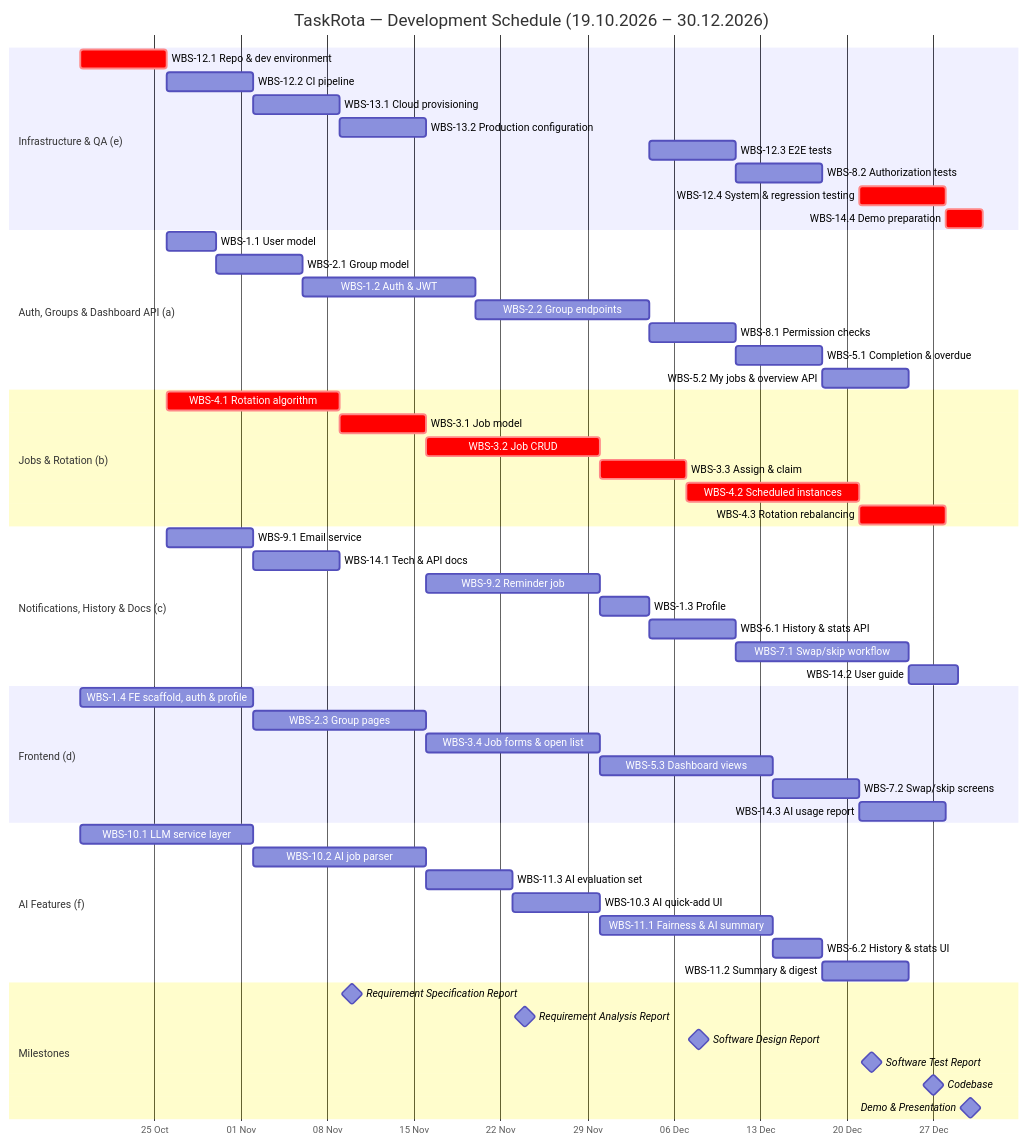
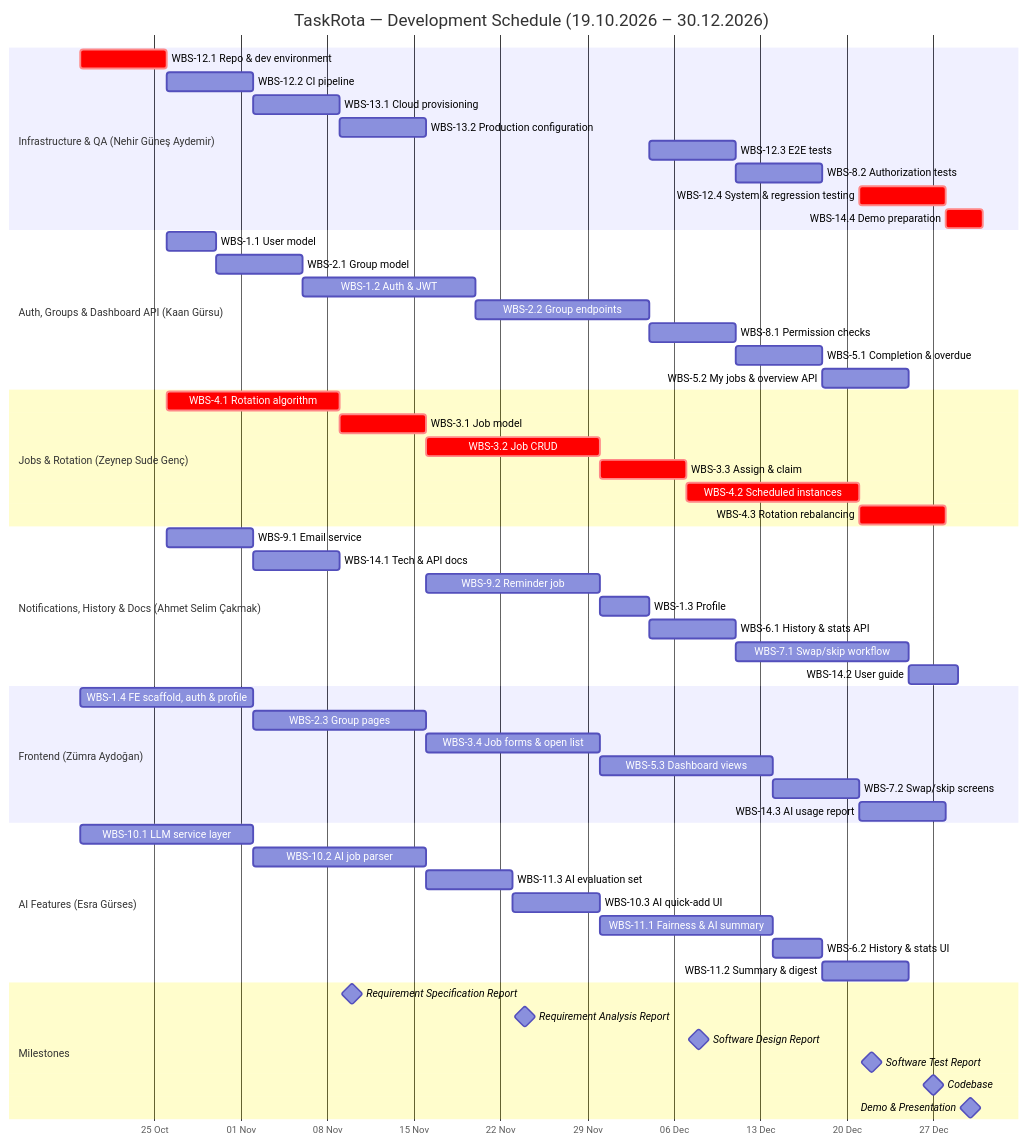
Before and after one commit to AhmetSCakmak/TaskRota: the second of 2 diagrams in Project_Plan-2.md, drawn with Mermaid. The commit also changed other lines of this file, not shown here.

````diff
--- a/Project_Plan-2.md
+++ b/Project_Plan-2.md
@@ -410,67 +416,67 @@
 ```mermaid
 gantt
     title TaskRota — Development Schedule (19.10.2026 – 30.12.2026)
     dateFormat YYYY-MM-DD
     axisFormat %d %b
 
-    section Infrastructure & QA (e)
+    section Infrastructure & QA (Nehir Güneş Aydemir)
     WBS-12.1 Repo & dev environment      :crit, w121, 2026-10-19, 7d
     WBS-12.2 CI pipeline                 :w122, 2026-10-26, 7d
     WBS-13.1 Cloud provisioning          :w131, 2026-11-02, 7d
     WBS-13.2 Production configuration    :w132, 2026-11-09, 7d
     WBS-12.3 E2E tests                   :w123, 2026-12-04, 7d
     WBS-8.2 Authorization tests          :w82, 2026-12-11, 7d
     WBS-12.4 System & regression testing :crit, w124, 2026-12-21, 7d
     WBS-14.4 Demo preparation            :crit, w144, 2026-12-28, 3d
 
-    section Auth, Groups & Dashboard API (a)
+    section Auth, Groups & Dashboard API (Kaan Gürsu)
     WBS-1.1 User model                   :w11, 2026-10-26, 4d
     WBS-2.1 Group model                  :w21, 2026-10-30, 7d
     WBS-1.2 Auth & JWT                   :w12, 2026-11-06, 14d
     WBS-2.2 Group endpoints              :w22, 2026-11-20, 14d
     WBS-8.1 Permission checks            :w81, 2026-12-04, 7d
     WBS-5.1 Completion & overdue         :w51, 2026-12-11, 7d
     WBS-5.2 My jobs & overview API       :w52, 2026-12-18, 7d
 
-    section Jobs & Rotation (b)
+    section Jobs & Rotation (Zeynep Sude Genç)
     WBS-4.1 Rotation algorithm           :crit, w41, 2026-10-26, 14d
     WBS-3.1 Job model                    :crit, w31, 2026-11-09, 7d
     WBS-3.2 Job CRUD                     :crit, w32, 2026-11-16, 14d
     WBS-3.3 Assign & claim               :crit, w33, 2026-11-30, 7d
     WBS-4.2 Scheduled instances          :crit, w42, 2026-12-07, 14d
     WBS-4.3 Rotation rebalancing         :crit, w43, 2026-12-21, 7d
 
-    section Notifications, History & Docs (c)
+    section Notifications, History & Docs (Ahmet Selim Çakmak)
     WBS-9.1 Email service                :w91, 2026-10-26, 7d
     WBS-14.1 Tech & API docs             :w141, 2026-11-02, 7d
     WBS-9.2 Reminder job                 :w92, 2026-11-16, 14d
     WBS-1.3 Profile                      :w13, 2026-11-30, 4d
     WBS-6.1 History & stats API          :w61, 2026-12-04, 7d
     WBS-7.1 Swap/skip workflow           :w71, 2026-12-11, 14d
     WBS-14.2 User guide                  :w142, 2026-12-25, 4d
 
-    section Frontend (d)
+    section Frontend (Zümra Aydoğan)
     WBS-1.4 FE scaffold, auth & profile  :w14, 2026-10-19, 14d
     WBS-2.3 Group pages                  :w23, 2026-11-02, 14d
     WBS-3.4 Job forms & open list        :w34, 2026-11-16, 14d
     WBS-5.3 Dashboard views              :w53, 2026-11-30, 14d
     WBS-7.2 Swap/skip screens            :w72, 2026-12-14, 7d
     WBS-14.3 AI usage report             :w143, 2026-12-21, 7d
 
-    section AI Features (f)
+    section AI Features (Esra Gürses)
     WBS-10.1 LLM service layer           :w101, 2026-10-19, 14d
     WBS-10.2 AI job parser               :w102, 2026-11-02, 14d
     WBS-11.3 AI evaluation set           :w113, 2026-11-16, 7d
     WBS-10.3 AI quick-add UI             :w103, 2026-11-23, 7d
     WBS-11.1 Fairness & AI summary       :w111, 2026-11-30, 14d
     WBS-6.2 History & stats UI           :w62, 2026-12-14, 4d
     WBS-11.2 Summary & digest            :w112, 2026-12-18, 7d
 
     section Milestones
     Requirement Specification Report     :milestone, m1, 2026-11-10, 0d
     Requirement Analysis Report          :milestone, m2, 2026-11-24, 0d
     Software Design Report               :milestone, m3, 2026-12-08, 0d
     Software Test Report                 :milestone, m4, 2026-12-22, 0d
     Codebase                             :milestone, m5, 2026-12-27, 0d
     Demo & Presentation                  :milestone, m6, 2026-12-30, 0d
 ```
````
